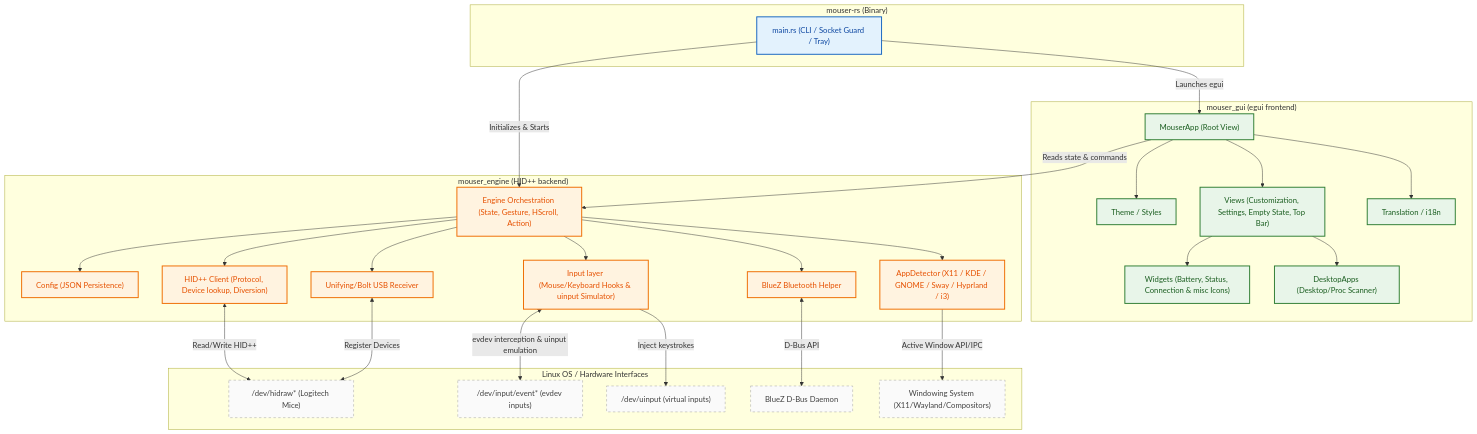
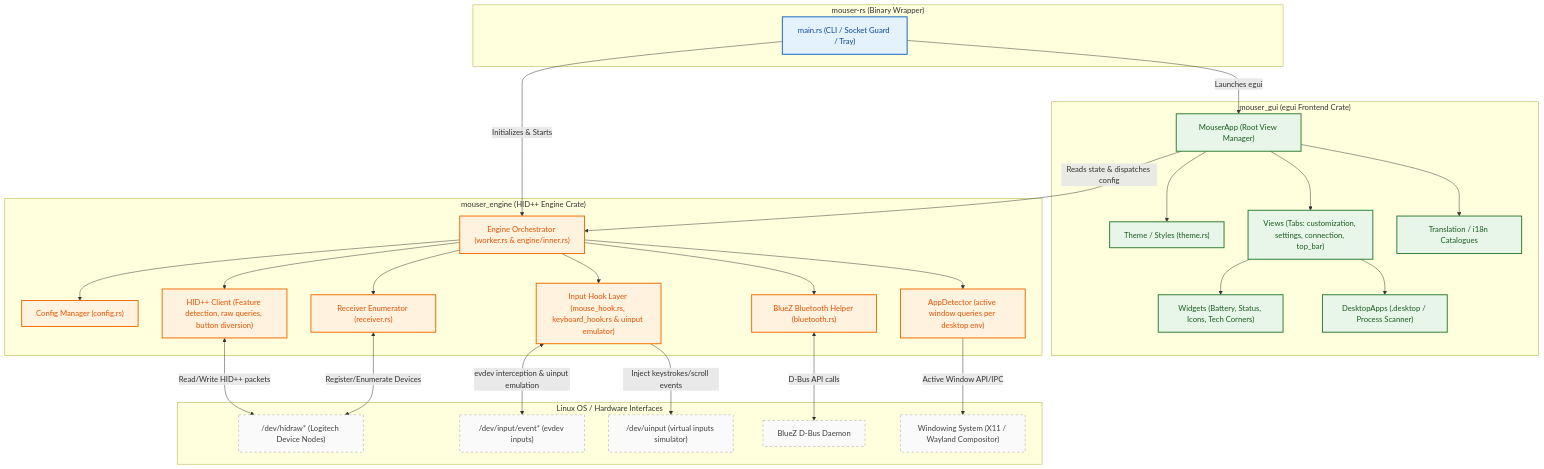
Before and after one commit to virajt71/mouse: the diagram in README.md, drawn with Mermaid. The commit also changed other lines of this file and 24 other files, not shown here.

````diff
--- a/README.md
+++ b/README.md
@@ -48,70 +223,70 @@
 ```mermaid
 graph TD
     %% Styling
     classDef bin fill:#e3f2fd,stroke:#1565c0,stroke-width:2px,color:#0d47a1;
     classDef gui fill:#e8f5e9,stroke:#2e7d32,stroke-width:2px,color:#1b5e20;
     classDef engine fill:#fff3e0,stroke:#ef6c00,stroke-width:2px,color:#e65100;
     classDef os fill:#fafafa,stroke:#9e9e9e,stroke-dasharray: 5 5,color:#424242;
 
     %% Nodes
-    subgraph App ["mouser-rs (Binary)"]
+    subgraph App ["mouser-rs (Binary Wrapper)"]
         Main["main.rs (CLI / Socket Guard / Tray)"]
     end
     class Main bin;
 
-    subgraph GUI ["mouser_gui (egui frontend)"]
-        MouserApp["MouserApp (Root View)"]
-        Theme["Theme / Styles"]
-        Views["Views (Customization, Settings, Empty State, Top Bar)"]
-        Widgets["Widgets (Battery, Status, Connection & misc Icons)"]
-        DesktopApps["DesktopApps (Desktop/Proc Scanner)"]
-        Trans["Translation / i18n"]
+    subgraph GUI ["mouser_gui (egui Frontend Crate)"]
+        MouserApp["MouserApp (Root View Manager)"]
+        Theme["Theme / Styles (theme.rs)"]
+        Views["Views (Tabs: customization, settings, connection, top_bar)"]
+        Widgets["Widgets (Battery, Status, Icons, Tech Corners)"]
+        DesktopApps["DesktopApps (.desktop / Process Scanner)"]
+        Trans["Translation / i18n Catalogues"]
         
         MouserApp --> Theme
         MouserApp --> Views
         MouserApp --> Trans
         Views --> Widgets
         Views --> DesktopApps
     end
     class MouserApp,Theme,Views,Widgets,DesktopApps,Trans gui;
 
-    subgraph Engine ["mouser_engine (HID++ backend)"]
-        Core["Engine Orchestration (State, Gesture, HScroll, Action)"]
-        Config["Config (JSON Persistence)"]
-        HIDPP["HID++ Client (Protocol, Device lookup, Diversion)"]
-        BT["BlueZ Bluetooth Helper"]
-        Receiver["Unifying/Bolt USB Receiver"]
-        Input["Input layer (Mouse/Keyboard Hooks & uinput Simulator)"]
-        AppDetect["AppDetector (X11 / KDE / GNOME / Sway / Hyprland / i3)"]
+    subgraph Engine ["mouser_engine (HID++ Engine Crate)"]
+        Core["Engine Orchestrator (worker.rs & engine/inner.rs)"]
+        Config["Config Manager (config.rs)"]
+        HIDPP["HID++ Client (Feature detection, raw queries, button diversion)"]
+        BT["BlueZ Bluetooth Helper (bluetooth.rs)"]
+        Receiver["Receiver Enumerator (receiver.rs)"]
+        Input["Input Hook Layer (mouse_hook.rs, keyboard_hook.rs & uinput emulator)"]
+        AppDetect["AppDetector (active window queries per desktop env)"]
 
         Core --> Config
         Core --> HIDPP
         Core --> BT
         Core --> Receiver
         Core --> Input
         Core --> AppDetect
     end
     class Core,Config,HIDPP,BT,Receiver,Input,AppDetect engine;
 
     subgraph OS ["Linux OS / Hardware Interfaces"]
-        DevHID["/dev/hidraw* (Logitech Mice)"]
+        DevHID["/dev/hidraw* (Logitech Device Nodes)"]
         DevInput["/dev/input/event* (evdev inputs)"]
-        UInput["/dev/uinput (virtual inputs)"]
+        UInput["/dev/uinput (virtual inputs simulator)"]
         BlueZ["BlueZ D-Bus Daemon"]
-        WindowSys["Windowing System (X11/Wayland/Compositors)"]
+        WindowSys["Windowing System (X11 / Wayland Compositor)"]
     end
     class DevHID,DevInput,UInput,BlueZ,WindowSys os;
 
     %% Connections
     Main -->|Initializes & Starts| Core
     Main -->|Launches egui| MouserApp
-    MouserApp -->|Reads state & commands| Core
+    MouserApp -->|Reads state & dispatches config| Core
     
     %% Core/Engine to OS/HW Connections
-    HIDPP <-->|Read/Write HID++| DevHID
-    Receiver <-->|Register Devices| DevHID
-    BT <-->|D-Bus API| BlueZ
+    HIDPP <-->|Read/Write HID++ packets| DevHID
+    Receiver <-->|Register/Enumerate Devices| DevHID
+    BT <-->|D-Bus API calls| BlueZ
     Input <-->|evdev interception & uinput emulation| DevInput
-    Input -->|Inject keystrokes| UInput
+    Input -->|Inject keystrokes/scroll events| UInput
     AppDetect -->|Active Window API/IPC| WindowSys
 ```
````
